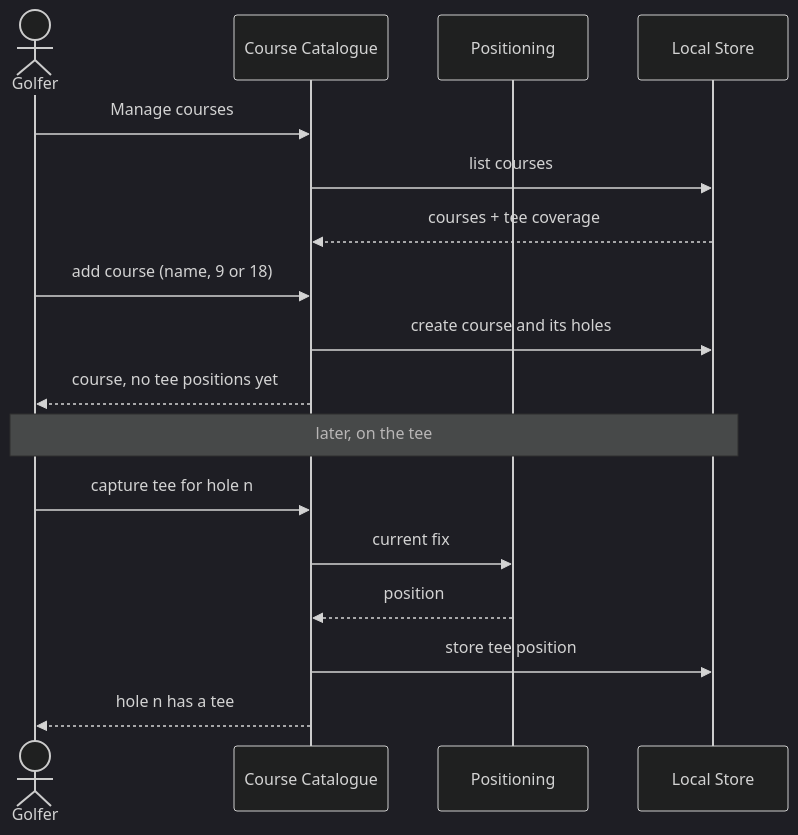
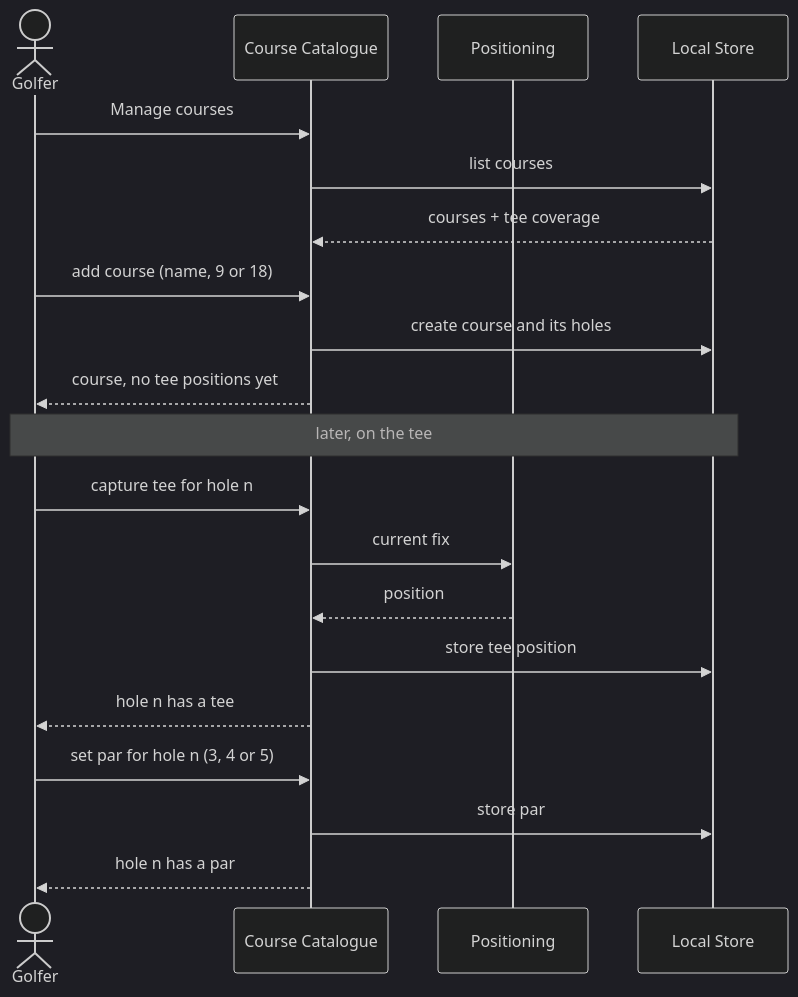
The diagram in docs/use cases/UC5-manage-courses.md (roeselert/golftrainer), drawn with Mermaid (dark theme) before and after one commit. The commit also changed other lines of this file and 17 other files, not shown here.

````diff
--- a/docs/use cases/UC5-manage-courses.md
+++ b/docs/use cases/UC5-manage-courses.md
@@ -73,21 +85,25 @@
 ```mermaid
 sequenceDiagram
     actor G as Golfer
     participant C as Course Catalogue
     participant P as Positioning
     participant S as Local Store
 
     G->>C: Manage courses
     C->>S: list courses
     S-->>C: courses + tee coverage
     G->>C: add course (name, 9 or 18)
     C->>S: create course and its holes
     C-->>G: course, no tee positions yet
 
     Note over G,S: later, on the tee
     G->>C: capture tee for hole n
     C->>P: current fix
     P-->>C: position
     C->>S: store tee position
     C-->>G: hole n has a tee
+
+    G->>C: set par for hole n (3, 4 or 5)
+    C->>S: store par
+    C-->>G: hole n has a par
 ```
````
